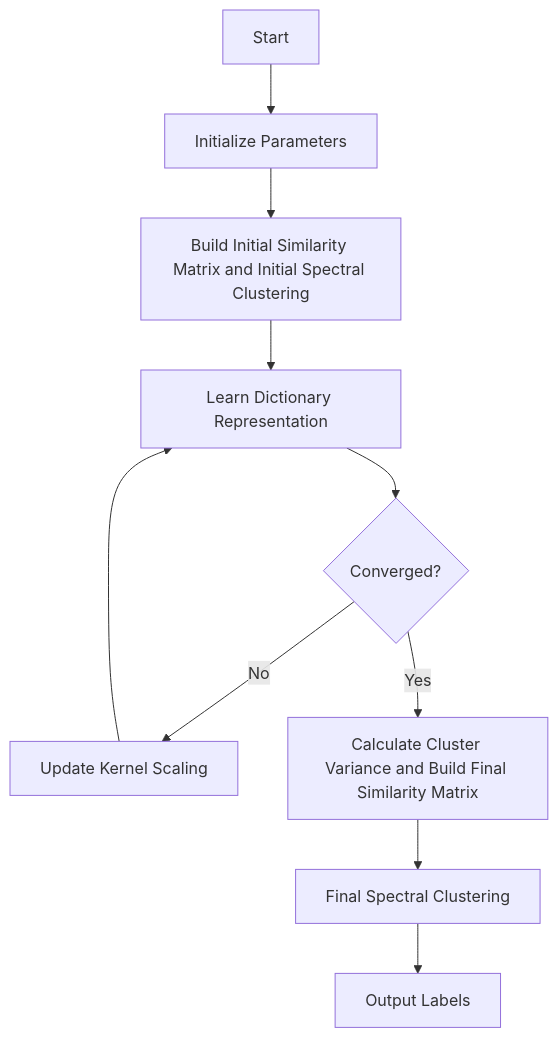
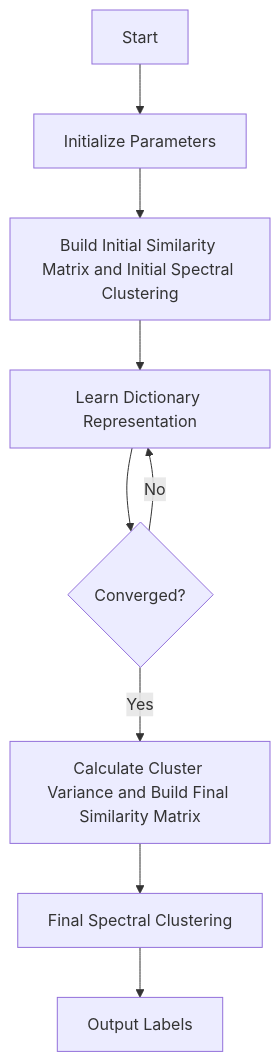
One commit to xianzeqiang/Adaptive-Spectral-Clustering changed the diagram in README.md. Above: the diagram before and after it, drawn with Mermaid.

````diff
--- a/README.md
+++ b/README.md
@@ -83,12 +83,11 @@
 ```mermaid
 flowchart TD
     A[Start] --> B[Initialize Parameters]
     B --> C[Build Initial Similarity Matrix and Initial Spectral Clustering]
     C --> D[Learn Dictionary Representation]
     D --> E{Converged?}
-    E -->|No| F[Update Kernel Scaling]
-    F --> D
+    E -->|No| D
     E --> |Yes|G[Calculate Cluster Variance and Build Final Similarity Matrix]
     G --> H[Final Spectral Clustering]
     H --> I[Output Labels]
 ```
````
